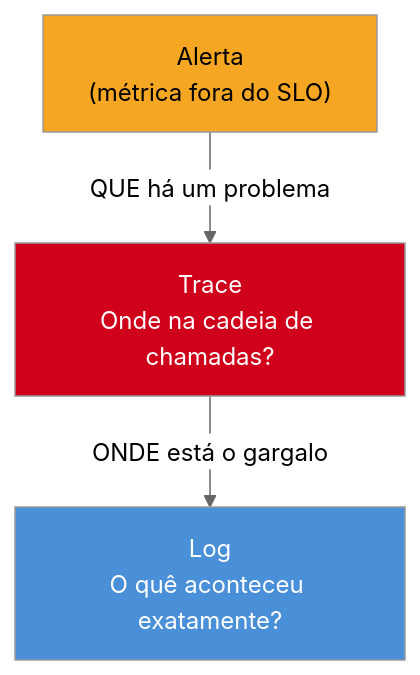
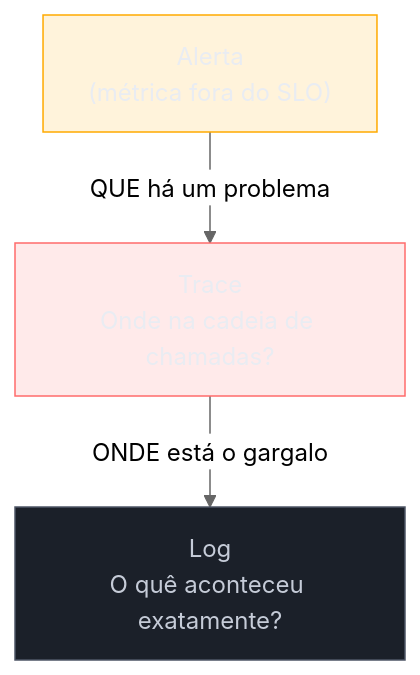
Before and after one commit to josenaldo/codex-technomanticus: the diagram in 03-Dominios/Tecnologia/Node/Observability e produção/01 - Os três pilares - logs, métricas e traces.md, drawn with Mermaid (neutral theme). The commit also changed 1181 other files, not shown here.

First line of the commit message:
fix(diagramas): paleta do sistema no lugar de cor cravada no markdown

````diff
--- a/03-Dominios/Tecnologia/Node/Observability e produção/01 - Os três pilares - logs, métricas e traces.md
+++ b/03-Dominios/Tecnologia/Node/Observability e produção/01 - Os três pilares - logs, métricas e traces.md
@@ -269,9 +269,12 @@
 ```mermaid
 flowchart TD
+    classDef destaque fill:#FFAA0024,stroke:#FFAA00,color:#E9ECF2
+    classDef falha fill:#FF6B6B24,stroke:#FF6B6B,color:#E9ECF2
+    classDef neutro fill:#1B2029,stroke:#4E5666,color:#C6CCD8
     A["Alerta\n(métrica fora do SLO)"] -->|"QUE há um problema"| T["Trace\nOnde na cadeia de chamadas?"]
     T -->|"ONDE está o gargalo"| L["Log\nO quê aconteceu exatamente?"]
 
-    style A fill:#F5A623,color:#000
-    style T fill:#D0021B,color:#fff
-    style L fill:#4A90D9,color:#fff
+    class A destaque
+    class T falha
+    class L neutro
 ```
````
